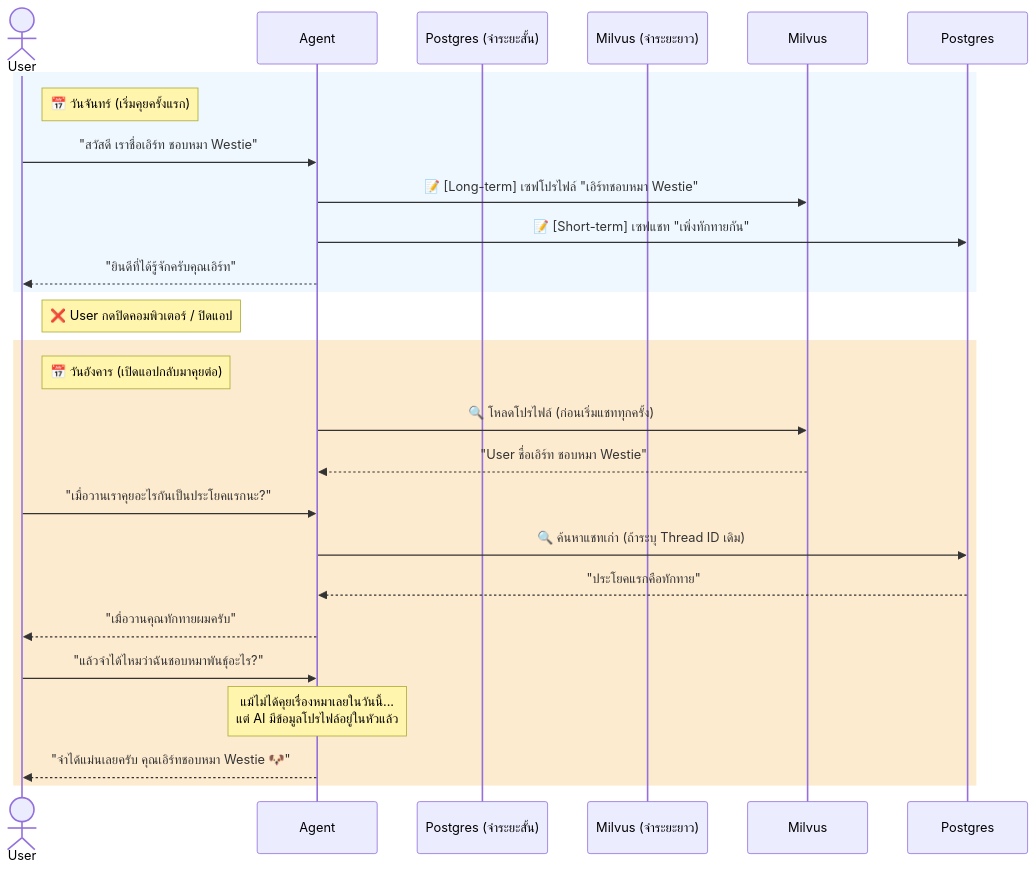
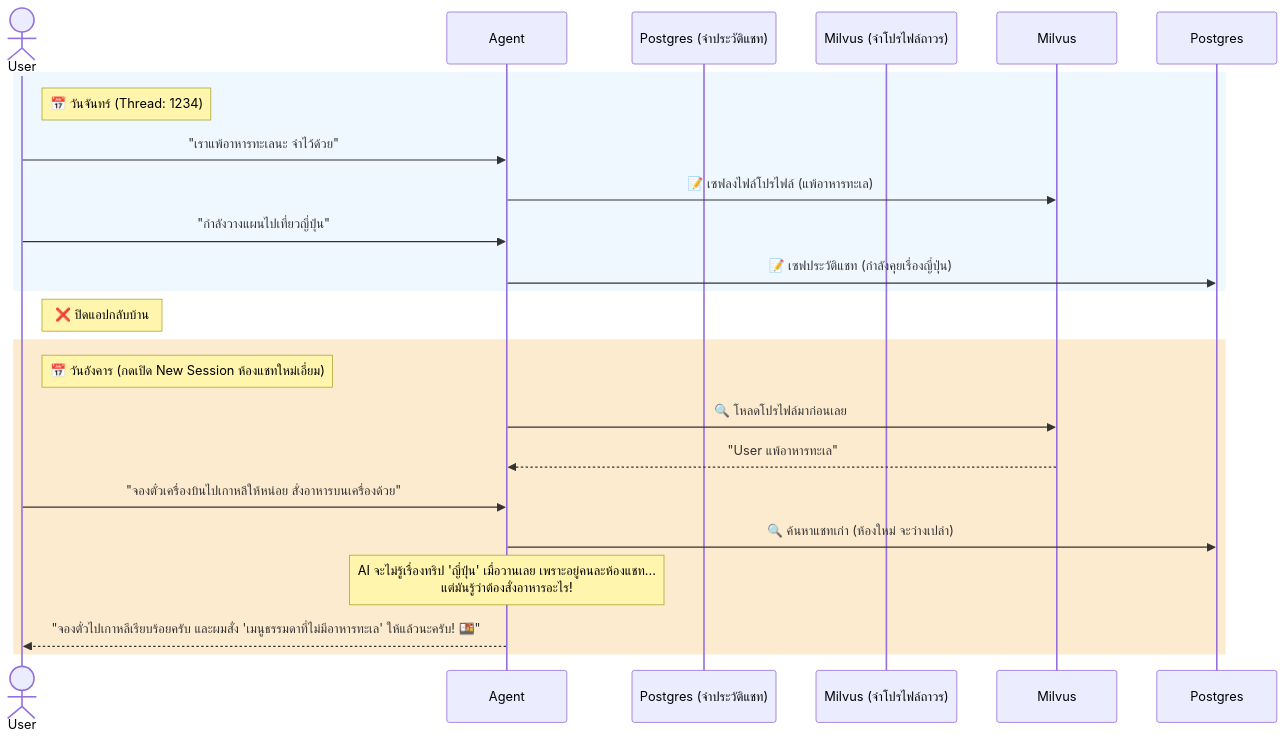
Before and after one commit to BeagleSoCute/poc_deep-agent_milvus: the second of 2 diagrams in PRESENTATION_PITCH.md, drawn with Mermaid. The commit also changed other lines of this file, not shown here.

````diff
--- a/PRESENTATION_PITCH.md
+++ b/PRESENTATION_PITCH.md
@@ -92,32 +97,28 @@
 ```mermaid
 sequenceDiagram
     actor User
     participant Agent
-    participant Postgres (จำระยะสั้น)
-    participant Milvus (จำระยะยาว)
+    participant Postgres (จำประวัติแชท)
+    participant Milvus (จำโปรไฟล์ถาวร)
     
     rect rgb(240, 248, 255)
-        Note right of User: 📅 วันจันทร์ (เริ่มคุยครั้งแรก)
-        User->>Agent: "สวัสดี เราชื่อเอิร์ท ชอบหมา Westie"
-        Agent->>Milvus: 📝 [Long-term] เซฟโปรไฟล์ "เอิร์ทชอบหมา Westie"
-        Agent->>Postgres: 📝 [Short-term] เซฟแชท "เพิ่งทักทายกัน"
-        Agent-->>User: "ยินดีที่ได้รู้จักครับคุณเอิร์ท"
+        Note right of User: 📅 วันจันทร์ (Thread: 1234)
+        User->>Agent: "เราแพ้อาหารทะเลนะ จำไว้ด้วย"
+        Agent->>Milvus: 📝 เซฟลงไฟล์โปรไฟล์ (แพ้อาหารทะเล)
+        User->>Agent: "กำลังวางแผนไปเที่ยวญี่ปุ่น"
+        Agent->>Postgres: 📝 เซฟประวัติแชท (กำลังคุยเรื่องญี่ปุ่น)
     end
     
-    Note right of User: ❌ User กดปิดคอมพิวเตอร์ / ปิดแอป
+    Note right of User: ❌ ปิดแอปกลับบ้าน
     
     rect rgb(253, 235, 208)
-        Note right of User: 📅 วันอังคาร (เปิดแอปกลับมาคุยต่อ)
-        Agent->>Milvus: 🔍 โหลดโปรไฟล์ (ก่อนเริ่มแชททุกครั้ง)
-        Milvus-->>Agent: "User ชื่อเอิร์ท ชอบหมา Westie"
+        Note right of User: 📅 วันอังคาร (กดเปิด New Session ห้องแชทใหม่เอี่ยม)
+        Agent->>Milvus: 🔍 โหลดโปรไฟล์มาก่อนเลย
+        Milvus-->>Agent: "User แพ้อาหารทะเล"
         
-        User->>Agent: "เมื่อวานเราคุยอะไรกันเป็นประโยคแรกนะ?"
-        Agent->>Postgres: 🔍 ค้นหาแชทเก่า (ถ้าระบุ Thread ID เดิม)
-        Postgres-->>Agent: "ประโยคแรกคือทักทาย"
-        Agent-->>User: "เมื่อวานคุณทักทายผมครับ"
-        
-        User->>Agent: "แล้วจำได้ไหมว่าฉันชอบหมาพันธุ์อะไร?"
-        Note over Agent: แม้ไม่ได้คุยเรื่องหมาเลยในวันนี้...<br>แต่ AI มีข้อมูลโปรไฟล์อยู่ในหัวแล้ว
-        Agent-->>User: "จำได้แม่นเลยครับ คุณเอิร์ทชอบหมา Westie 🐶"
+        User->>Agent: "จองตั๋วเครื่องบินไปเกาหลีให้หน่อย สั่งอาหารบนเครื่องด้วย"
+        Agent->>Postgres: 🔍 ค้นหาแชทเก่า (ห้องใหม่ จะว่างเปล่า)
+        Note over Agent: AI จะไม่รู้เรื่องทริป 'ญี่ปุ่น' เมื่อวานเลย เพราะอยู่คนละห้องแชท...<br>แต่มันรู้ว่าต้องสั่งอาหารอะไร!
+        Agent-->>User: "จองตั๋วไปเกาหลีเรียบร้อยครับ และผมสั่ง 'เมนูธรรมดาที่ไม่มีอาหารทะเล' ให้แล้วนะครับ! 🍱"
     end
 ```
````
